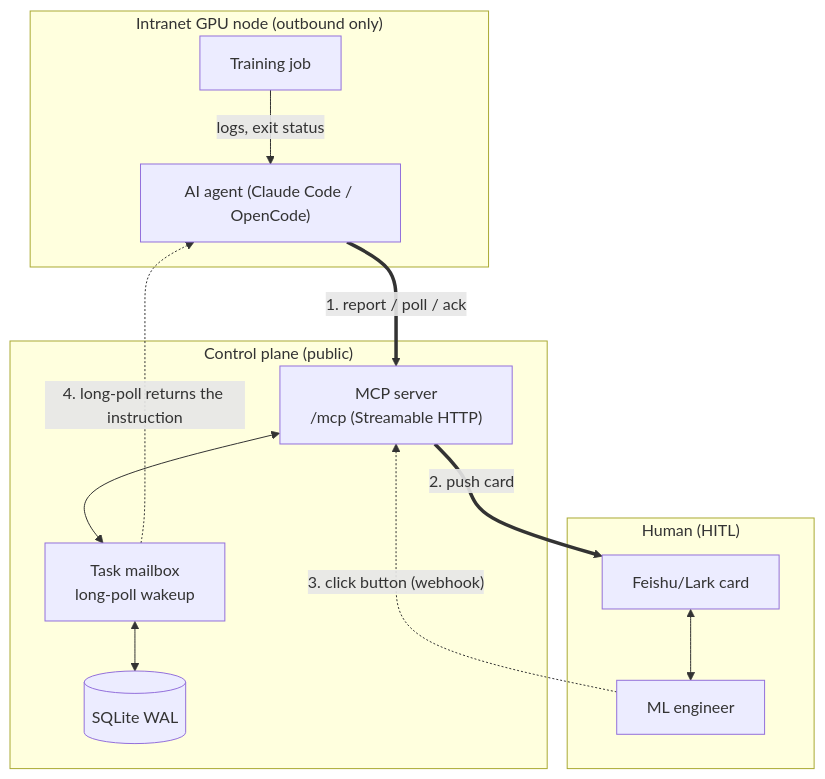
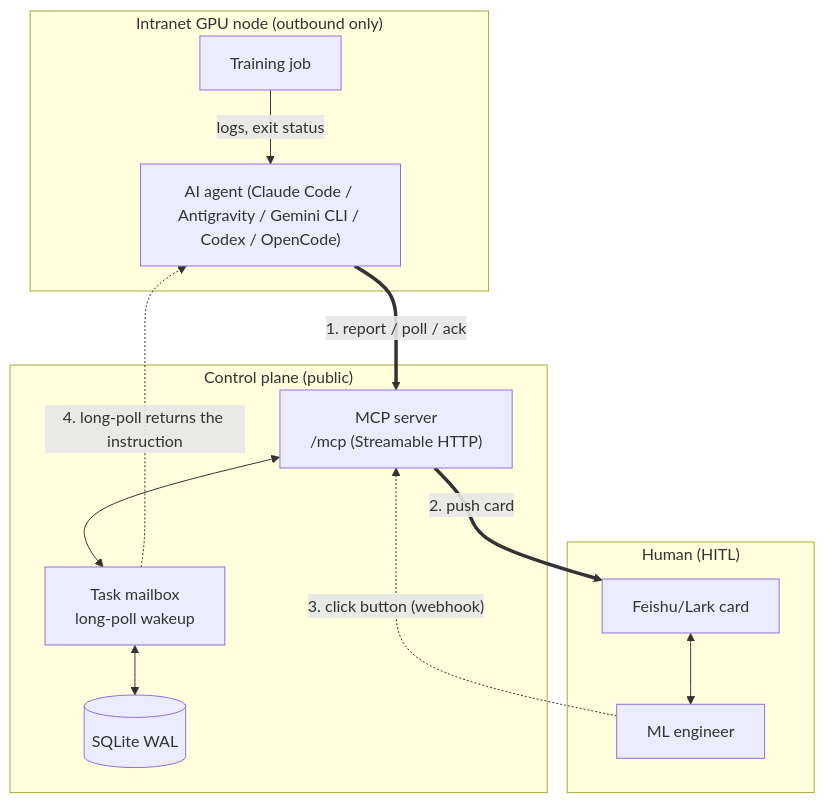
The first of 2 diagrams in README.md (Long-Holiday/TrainPilot), drawn with Mermaid before and after one commit. The commit also changed other lines of this file and 18 other files, not shown here.

````diff
--- a/README.md
+++ b/README.md
@@ -26,27 +27,27 @@
 ```mermaid
 flowchart TB
     subgraph GPU["Intranet GPU node (outbound only)"]
         Job["Training job"]
-        Agent["AI agent (Claude Code / OpenCode)"]
+        Agent["AI agent (Claude Code / Antigravity / Gemini CLI / Codex / OpenCode)"]
         Job -->|logs, exit status| Agent
     end
 
     subgraph Plane["Control plane (public)"]
         MCP["MCP server<br/>/mcp (Streamable HTTP)"]
         Mailbox["Task mailbox<br/>long-poll wakeup"]
         DB[("SQLite WAL")]
         MCP <--> Mailbox
         Mailbox <--> DB
     end
 
     subgraph Human["Human (HITL)"]
         Card["Feishu/Lark card"]
         Engineer["ML engineer"]
         Card <--> Engineer
     end
 
     Agent ==>|"1. report / poll / ack"| MCP
     MCP ==>|"2. push card"| Card
     Engineer -.->|"3. click button (webhook)"| MCP
     Mailbox -.->|"4. long-poll returns the instruction"| Agent
 ```
````
